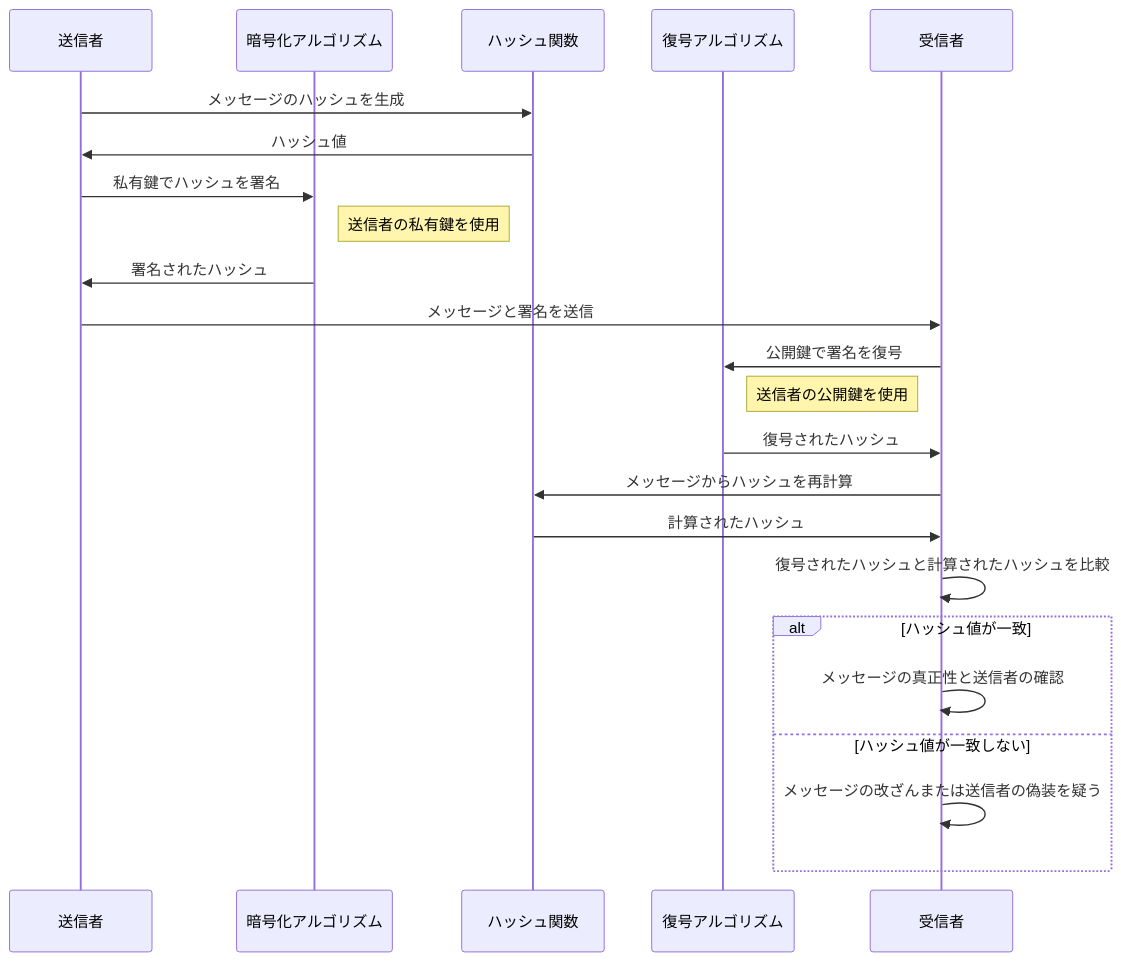
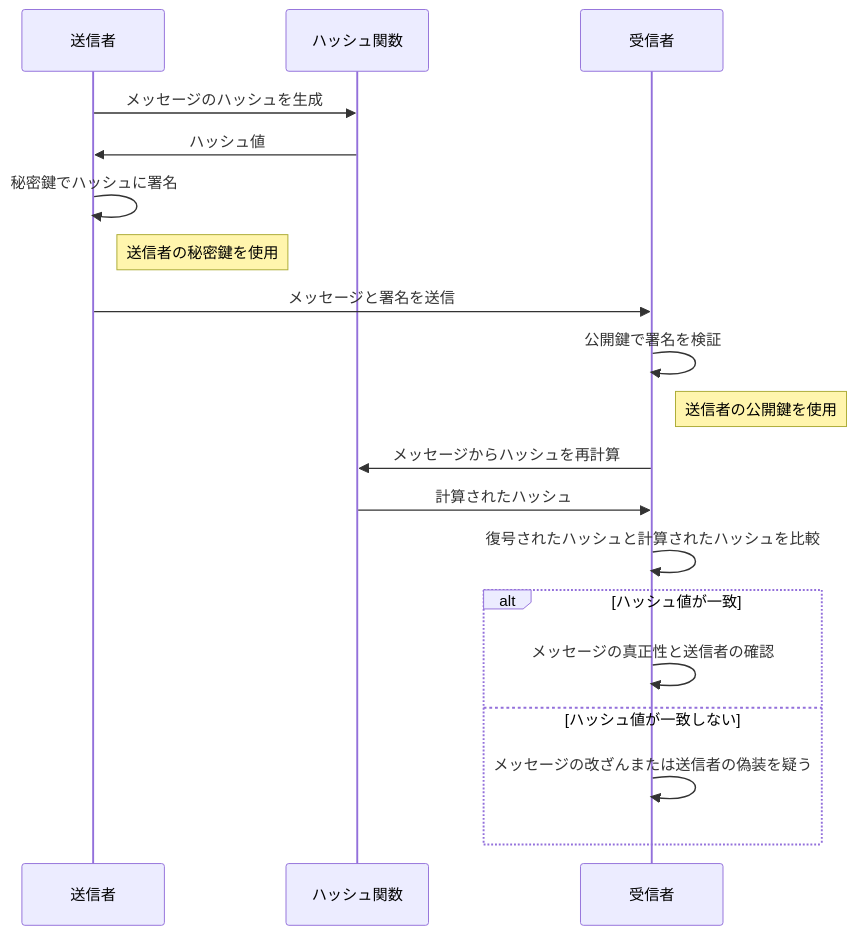
The fourth of 4 diagrams in DigitalSignature.md (shuji-bonji/Notes-about-Digital-Signatures-and-Timestamps), drawn with Mermaid before and after one commit. The commit also changed other lines of this file and 18 other files, not shown here.

````diff
--- a/DigitalSignature.md
+++ b/DigitalSignature.md
@@ -149,31 +256,27 @@
 ```mermaid
 sequenceDiagram
     participant Alice as 送信者
-    participant Encrypt as 暗号化アルゴリズム
     participant HashFunc as ハッシュ関数
-    participant Decrypt as 復号アルゴリズム
     participant Bob as 受信者
 
     Alice->>HashFunc: メッセージのハッシュを生成
     HashFunc->>Alice: ハッシュ値
 
-    Alice->>Encrypt: 私有鍵でハッシュを署名
-    Note right of Encrypt: 送信者の私有鍵を使用
-    Encrypt->>Alice: 署名されたハッシュ
+    Alice->>Alice: 秘密鍵でハッシュに署名
+    Note right of Alice: 送信者の秘密鍵を使用
 
     Alice->>Bob: メッセージと署名を送信
 
-    Bob->>Decrypt: 公開鍵で署名を復号
-    Note right of Decrypt: 送信者の公開鍵を使用
-    Decrypt->>Bob: 復号されたハッシュ
+    Bob->>Bob: 公開鍵で署名を検証
+    Note right of Bob: 送信者の公開鍵を使用
 
     Bob->>HashFunc: メッセージからハッシュを再計算
     HashFunc->>Bob: 計算されたハッシュ
 
     Bob->>Bob: 復号されたハッシュと計算されたハッシュを比較
     alt ハッシュ値が一致
         Bob->>Bob: メッセージの真正性と送信者の確認
     else ハッシュ値が一致しない
         Bob->>Bob: メッセージの改ざんまたは送信者の偽装を疑う
     end
 ```
````
